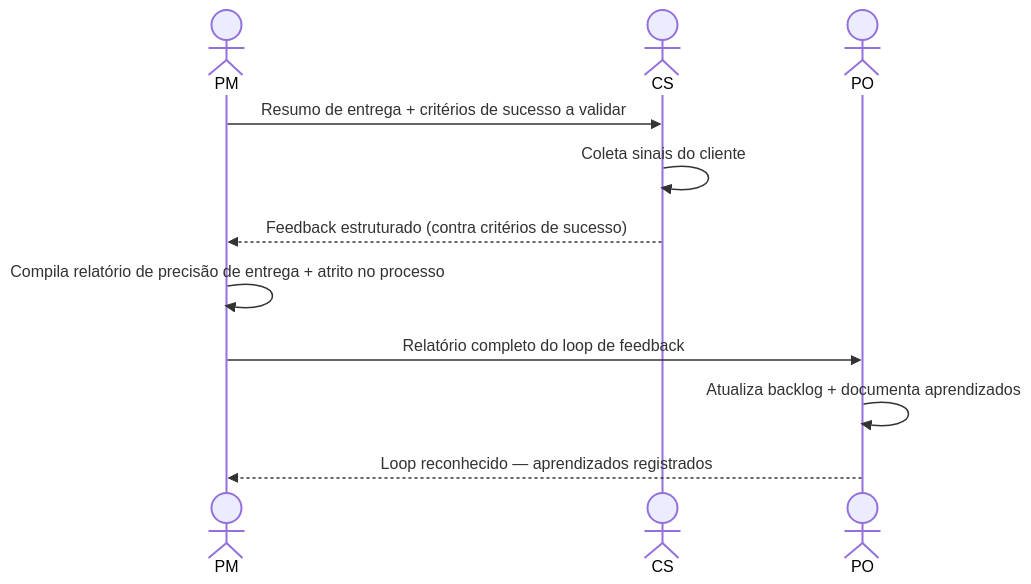
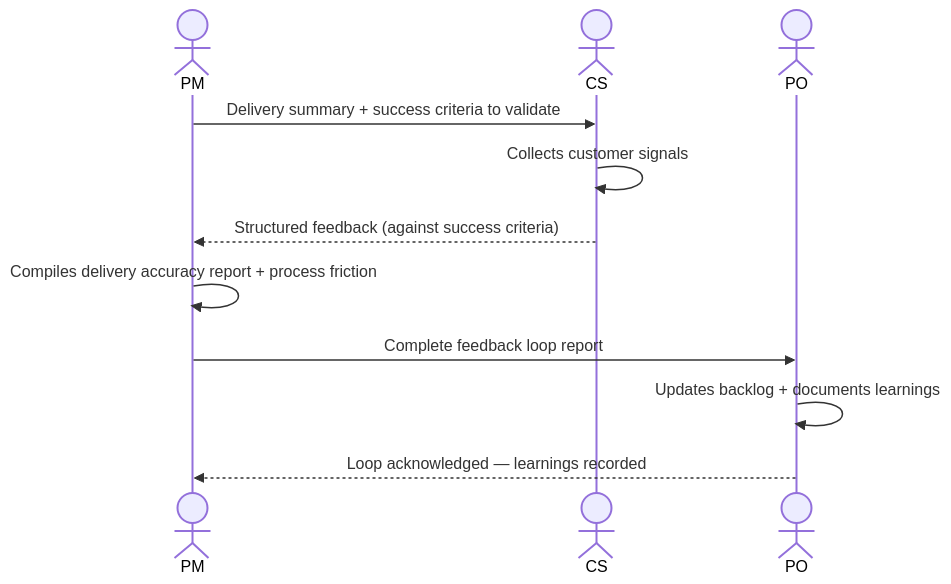
One commit to hugo-hsbtech/teamwork-process changed the diagram in interactions/14-pm-to-po-feedback.md. Above: the diagram before and after it, drawn with Mermaid. The commit also changed other lines of this file and 63 other files, not shown here.

````diff
--- a/interactions/14-pm-to-po-feedback.md
+++ b/interactions/14-pm-to-po-feedback.md
@@ -63,16 +63,16 @@
 ```mermaid
 sequenceDiagram
     actor PM as PM
     actor CS as CS
     actor PO as PO
 
-    PM->>CS: Resumo de entrega + critérios de sucesso a validar
-    CS->>CS: Coleta sinais do cliente
-    CS-->>PM: Feedback estruturado (contra critérios de sucesso)
+    PM->>CS: Delivery summary + success criteria to validate
+    CS->>CS: Collects customer signals
+    CS-->>PM: Structured feedback (against success criteria)
 
-    PM->>PM: Compila relatório de precisão de entrega + atrito no processo
+    PM->>PM: Compiles delivery accuracy report + process friction
 
-    PM->>PO: Relatório completo do loop de feedback
-    PO->>PO: Atualiza backlog + documenta aprendizados
-    PO-->>PM: Loop reconhecido — aprendizados registrados
+    PM->>PO: Complete feedback loop report
+    PO->>PO: Updates backlog + documents learnings
+    PO-->>PM: Loop acknowledged — learnings recorded
 ```
````
